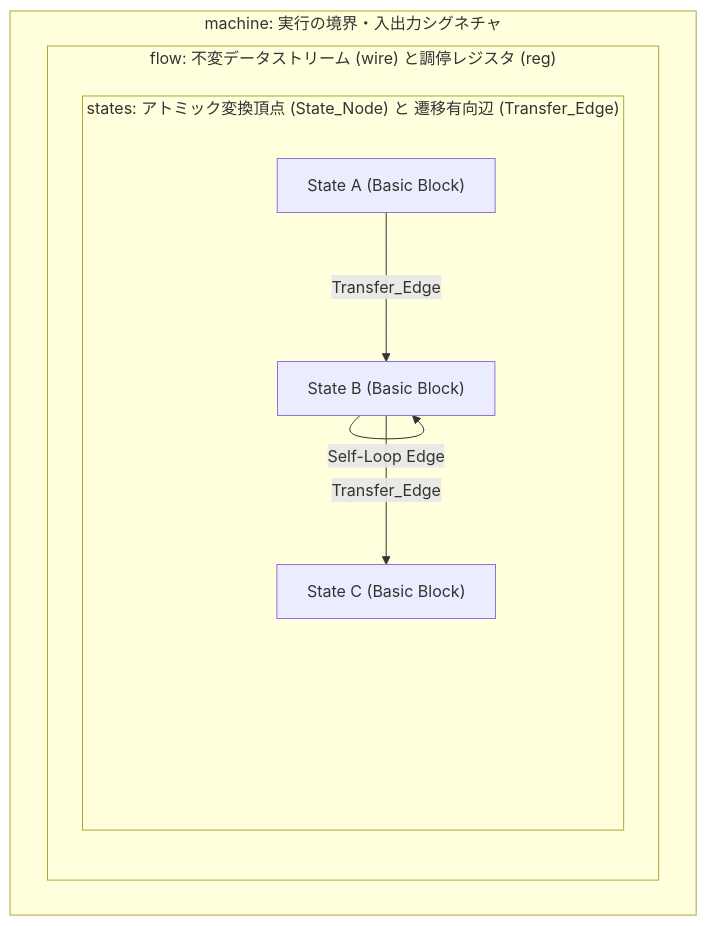
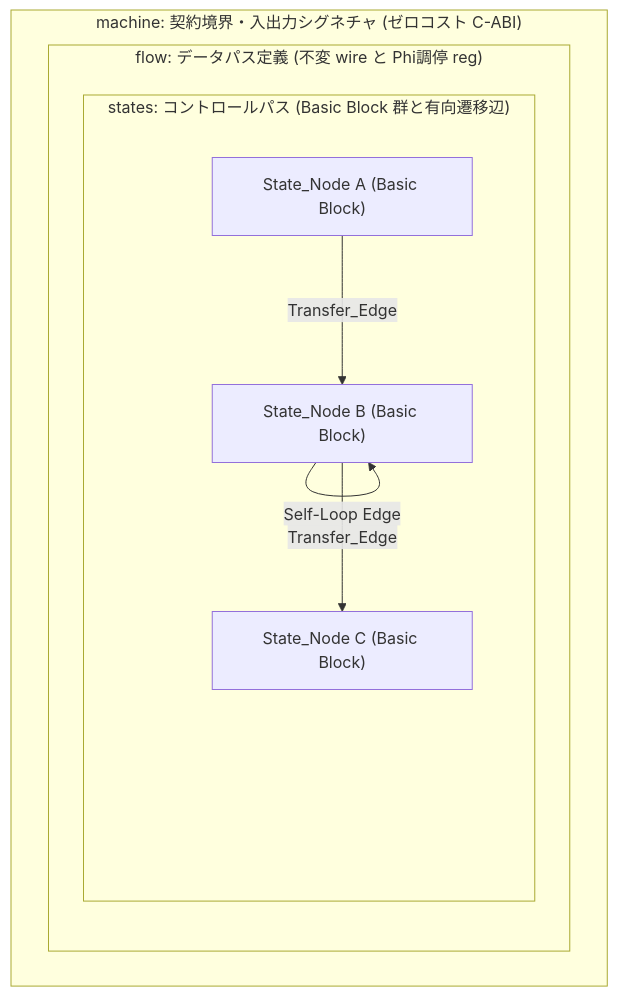
The first of 3 diagrams in doc/manual/to_professional/JP/03_machine_flow_states_geometry.md (beepcap/StateSSA), drawn with Mermaid before and after one commit. The commit also changed other lines of this file, not shown here.

Commit message:
doc: 全面改稿 第3章『プログラムの骨格 —— machine, flow, states の幾何学』(プロ向け技術書化・脱線廃止)

````diff
--- a/doc/manual/to_professional/JP/03_machine_flow_states_geometry.md
+++ b/doc/manual/to_professional/JP/03_machine_flow_states_geometry.md
@@ -24,12 +89,12 @@
 ```mermaid
 graph TD
-    subgraph Machine["machine: 実行の境界・入出力シグネチャ"]
-        subgraph Flow["flow: 不変データストリーム (wire) と調停レジスタ (reg)"]
-            subgraph States["states: アトミック変換頂点 (State_Node) と 遷移有向辺 (Transfer_Edge)"]
-                S1["State A (Basic Block)"] -->|Transfer_Edge| S2["State B (Basic Block)"]
+    subgraph Machine["machine: 契約境界・入出力シグネチャ (ゼロコスト C-ABI)"]
+        subgraph Flow["flow: データパス定義 (不変 wire と Phi調停 reg)"]
+            subgraph States["states: コントロールパス (Basic Block 群と有向遷移辺)"]
+                S1["State_Node A (Basic Block)"] -->|Transfer_Edge| S2["State_Node B (Basic Block)"]
                 S2 -->|Self-Loop Edge| S2
-                S2 -->|Transfer_Edge| S3["State C (Basic Block)"]
+                S2 -->|Transfer_Edge| S3["State_Node C (Basic Block)"]
             end
         end
     end
 ```
````
